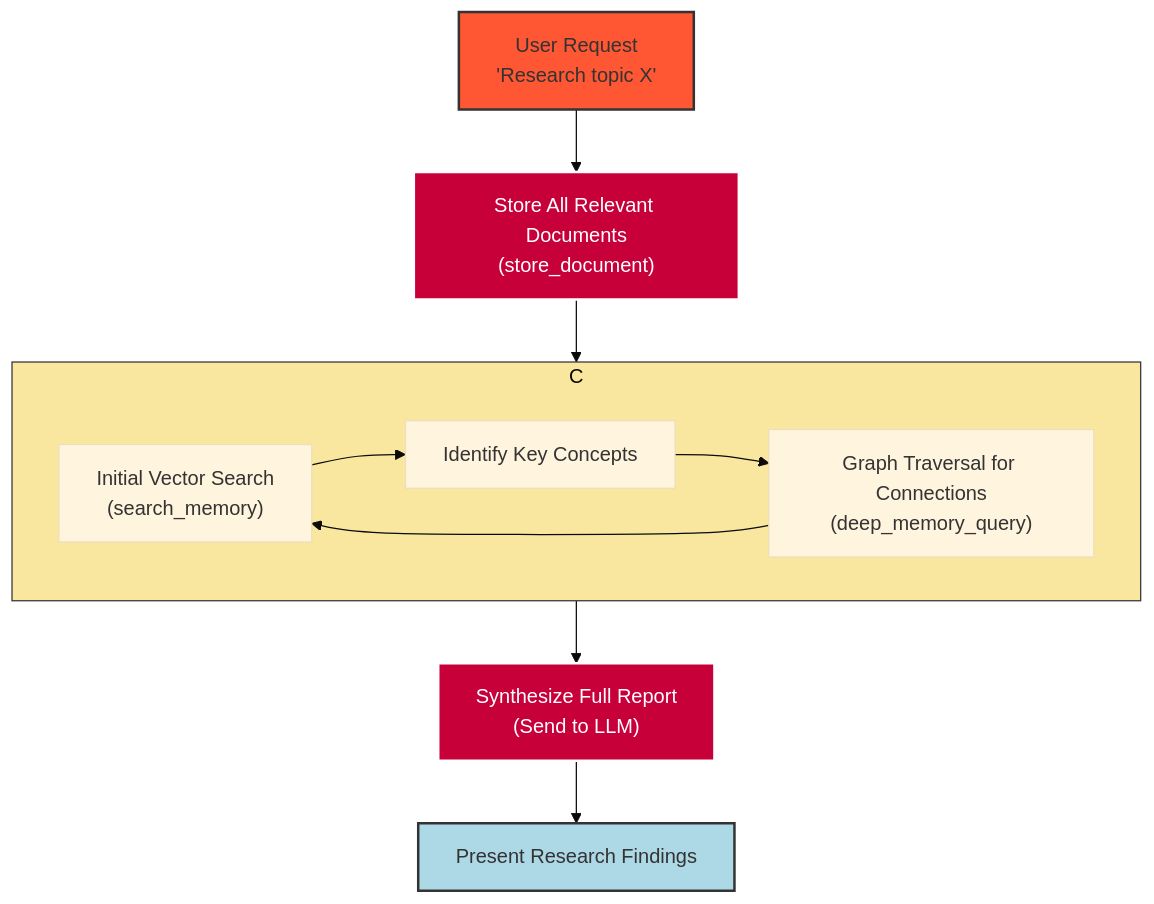
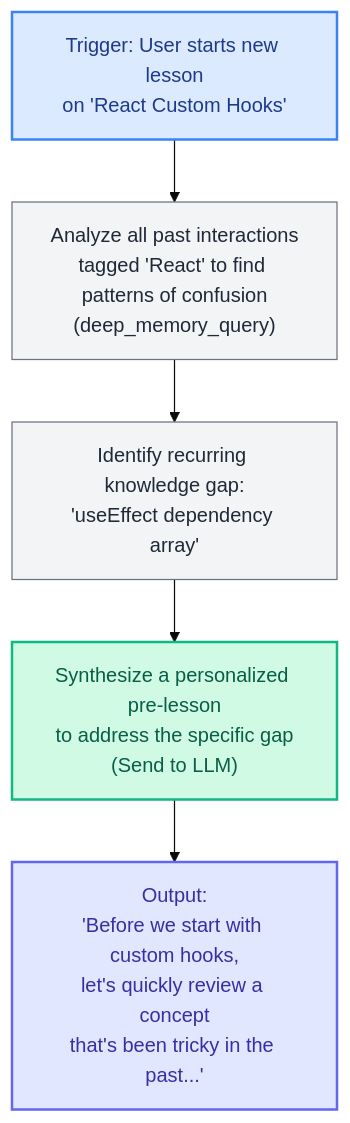
Before and after one commit to jean-technologies/jean-memory: the third of 4 diagrams in openmemory/ui/docs-mintlify/context-engineering.mdx, drawn with Mermaid (base theme). The commit also changed other lines of this file, not shown here.

````diff
--- a/openmemory/ui/docs-mintlify/context-engineering.mdx
+++ b/openmemory/ui/docs-mintlify/context-engineering.mdx
@@ -98,23 +102,17 @@
-    ```mermaid
-    graph TD;
-        A["User Request<br/>'Research topic X'"] --> B["Store All Relevant Documents<br/>(store_document)"];
-        B --> C["Iterative Search & Analysis"];
-        subgraph C
-            direction LR
-            C1["Initial Vector Search<br/>(search_memory)"] --> C2["Identify Key Concepts"];
-            C2 --> C3["Graph Traversal for Connections<br/>(deep_memory_query)"];
-            C3 --> C1;
-        end
-        C --> D["Synthesize Full Report<br/>(Send to LLM)"];
-        D --> E["Present Research Findings"];
-
-        classDef trigger fill:#FF5733,stroke:#333,stroke-width:2px;
-        classDef process fill:#C70039,stroke:#FFF,stroke-width:2px,color:#FFF;
-        classDef loop fill:#F9E79F,stroke:#333,stroke-width:1px;
-        classDef output fill:#ADD8E6,stroke:#333,stroke-width:2px;
-        
-        class A trigger;
-        class B,D process;
-        class C loop;
-        class E output;
-    ```
+  ```mermaid
+  graph TD;
+      A["Trigger: User starts new lesson<br/>on 'React Custom Hooks'"] --> B["Analyze all past interactions<br/>tagged 'React' to find patterns of confusion<br/>(deep_memory_query)"];
+      B --> C["Identify recurring knowledge gap:<br/>'useEffect dependency array'"];
+      C --> D["Synthesize a personalized pre-lesson<br/>to address the specific gap<br/>(Send to LLM)"];
+      D --> E["Output:<br/>'Before we start with custom hooks,<br/>let's quickly review a concept<br/>that's been tricky in the past...'"];
+  
+      classDef trigger fill:#DBEAFE,stroke:#3B82F6,stroke-width:2px,color:#1E3A8A;
+      classDef process fill:#F3F4F6,stroke:#6B7280,stroke-width:1px,color:#1F2937;
+      classDef synthesis fill:#D1FAE5,stroke:#10B981,stroke-width:2px,color:#065F46;
+      classDef output fill:#E0E7FF,stroke:#6366F1,stroke-width:2px,color:#3730A3;
+  
+      class A trigger;
+      class B,C process;
+      class D synthesis;
+      class E output;
+  ```
````
